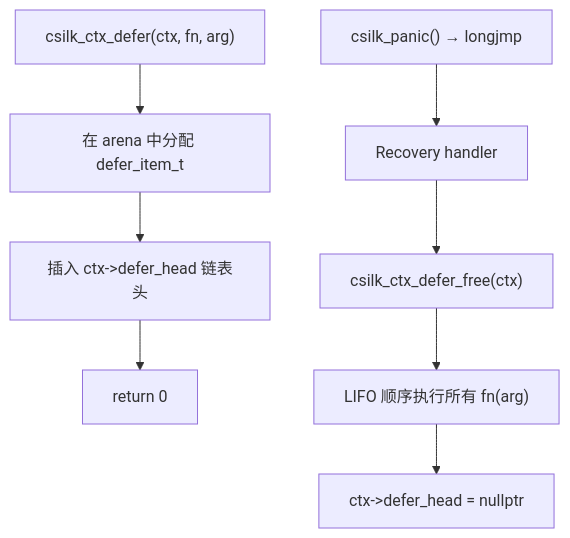
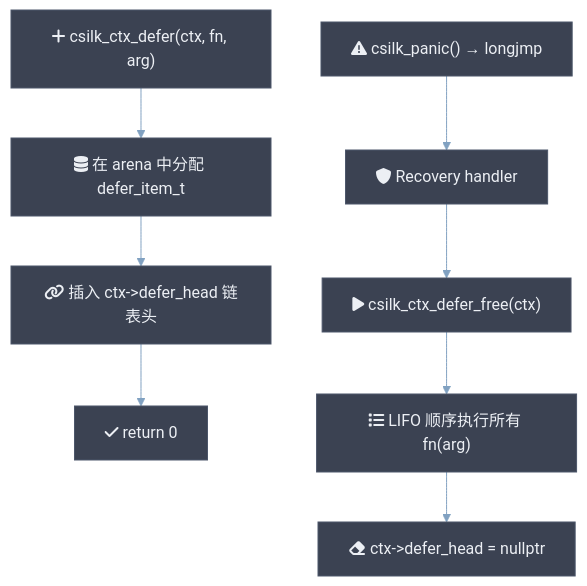
The fifth of 6 diagrams in docs/module-design/arena.md (quintin-lee/csilk), drawn with Mermaid before and after one commit. The commit also changed other lines of this file and 30 other files, not shown here.

Commit message:
docs(docs): 📝 apply Nord Mermaid theme, RFC 2119 keywords, and quantified metrics to all docs

````diff
--- a/docs/module-design/arena.md
+++ b/docs/module-design/arena.md
@@ -204,11 +294,33 @@
 ```mermaid
+%%{init: {
+  'theme': 'base',
+  'themeVariables': {
+    'background': '#2E3440',
+    'primaryColor': '#81A1C1',
+    'primaryBorderColor': '#4C566A',
+    'primaryTextColor': '#ECEFF4',
+    'secondaryColor': '#3B4252',
+    'secondaryBorderColor': '#434C5E',
+    'secondaryTextColor': '#D8DEE9',
+    'lineColor': '#81A1C1',
+    'textColor': '#ECEFF4',
+    'mainBkg': '#3B4252',
+    'nodeBorder': '#4C566A',
+    'clusterBkg': '#2E3440',
+    'clusterBorder': '#4C566A',
+    'titleColor': '#ECEFF4',
+    'edgeLabelBackground': '#3B4252',
+    'nodeTextColor': '#ECEFF4'
+  },
+  'flowchart': {'htmlLabels': true, 'curve': 'basis'}
+}}%%
 flowchart TB
-    REGISTER["csilk_ctx_defer(ctx, fn, arg)"] --> ALLOC["在 arena 中分配 defer_item_t"]
-    ALLOC --> LINK["插入 ctx->defer_head 链表头"]
-    LINK --> DONE["return 0"]
+    REGISTER["fa:fa-plus csilk_ctx_defer(ctx, fn, arg)"] --> ALLOC["fa:fa-database 在 arena 中分配 defer_item_t"]
+    ALLOC --> LINK["fa:fa-link 插入 ctx->defer_head 链表头"]
+    LINK --> DONE["fa:fa-check return 0"]
 
-    PANIC["csilk_panic() → longjmp"] --> RECOVERY["Recovery handler"]
-    RECOVERY --> EXEC["csilk_ctx_defer_free(ctx)"]
-    EXEC --> LIFO["LIFO 顺序执行所有 fn(arg)"]
-    LIFO --> CLEAR["ctx->defer_head = nullptr"]
+    PANIC["fa:fa-exclamation-triangle csilk_panic() → longjmp"] --> RECOVERY["fa:fa-shield Recovery handler"]
+    RECOVERY --> EXEC["fa:fa-play csilk_ctx_defer_free(ctx)"]
+    EXEC --> LIFO["fa:fa-list LIFO 顺序执行所有 fn(arg)"]
+    LIFO --> CLEAR["fa:fa-eraser ctx->defer_head = nullptr"]
 ```
````
